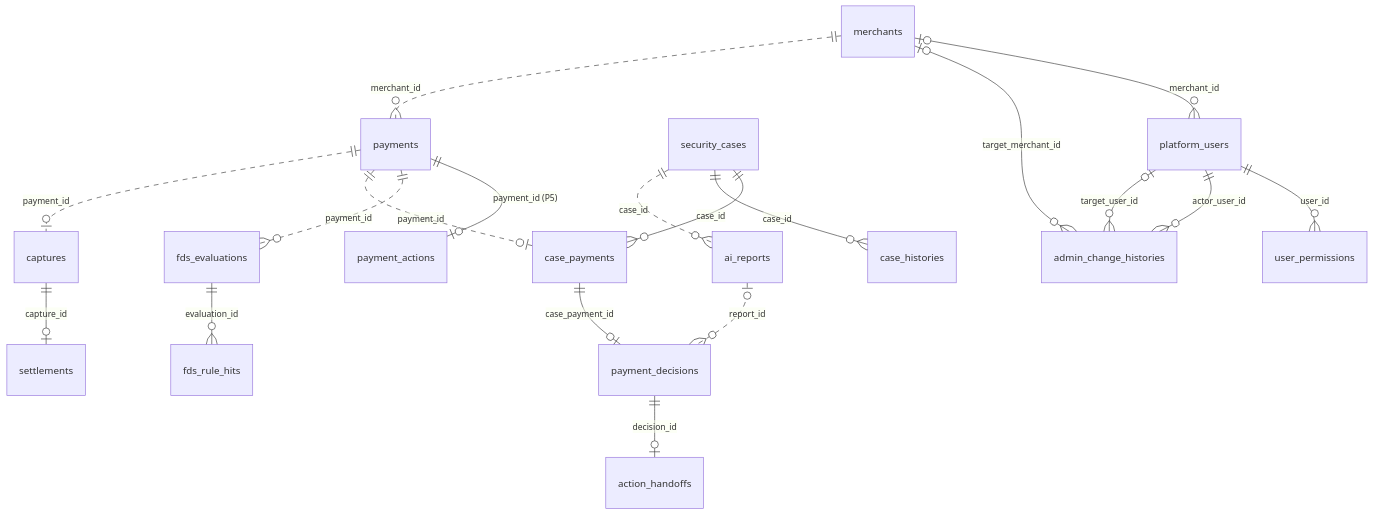
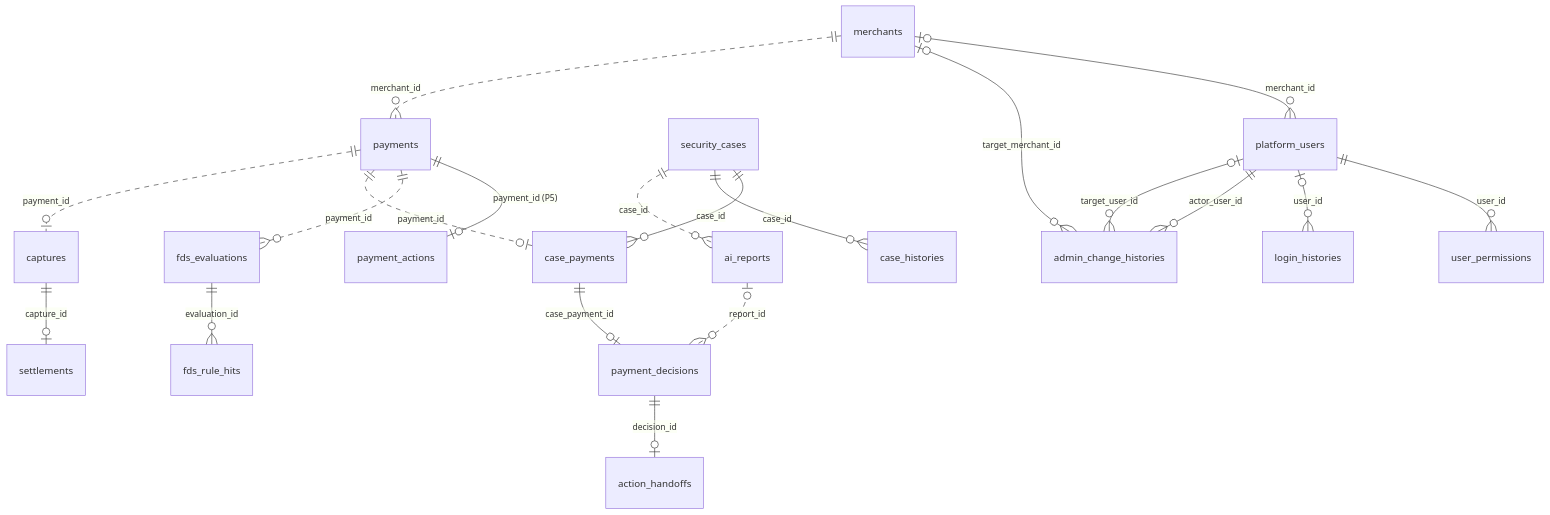
Before and after one commit to team-sweethan/DonWorry: the diagram in docs/erd/README.md, drawn with Mermaid. The commit also changed other lines of this file and 44 other files, not shown here.

````diff
--- a/docs/erd/README.md
+++ b/docs/erd/README.md
@@ -66,25 +67,26 @@
 ```mermaid
 erDiagram
     merchants |o--o{ platform_users : "merchant_id"
     platform_users ||--o{ user_permissions : "user_id"
+    platform_users |o--o{ login_histories : "user_id"
     platform_users ||--o{ admin_change_histories : "actor_user_id"
     platform_users |o--o{ admin_change_histories : "target_user_id"
     merchants |o--o{ admin_change_histories : "target_merchant_id"
 
     fds_evaluations ||--o{ fds_rule_hits : "evaluation_id"
 
     security_cases ||--o{ case_payments : "case_id"
     case_payments ||--o| payment_decisions : "case_payment_id"
     payment_decisions ||--o| action_handoffs : "decision_id"
     security_cases ||--o{ case_histories : "case_id"
 
     captures ||--o| settlements : "capture_id"
 
     merchants ||..o{ payments : "merchant_id"
     payments ||--o| payment_actions : "payment_id (P5)"
     payments ||..o{ fds_evaluations : "payment_id"
     payments ||..o| case_payments : "payment_id"
     security_cases ||..o{ ai_reports : "case_id"
     ai_reports |o..o{ payment_decisions : "report_id"
     payments ||..o| captures : "payment_id"
 ```
````
